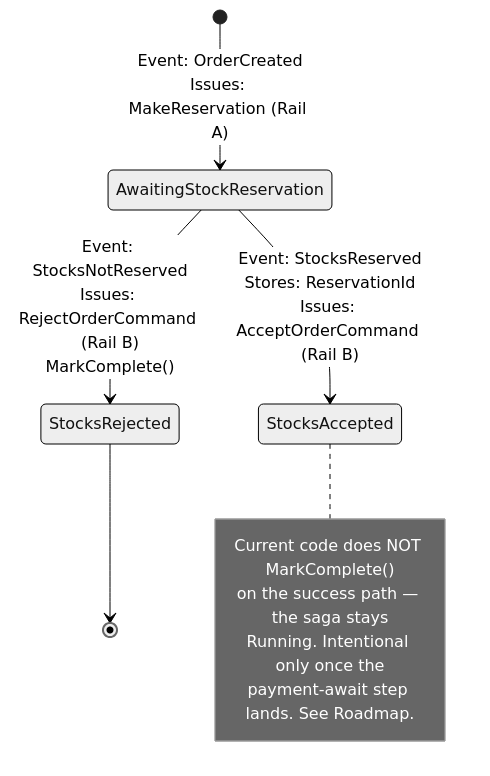
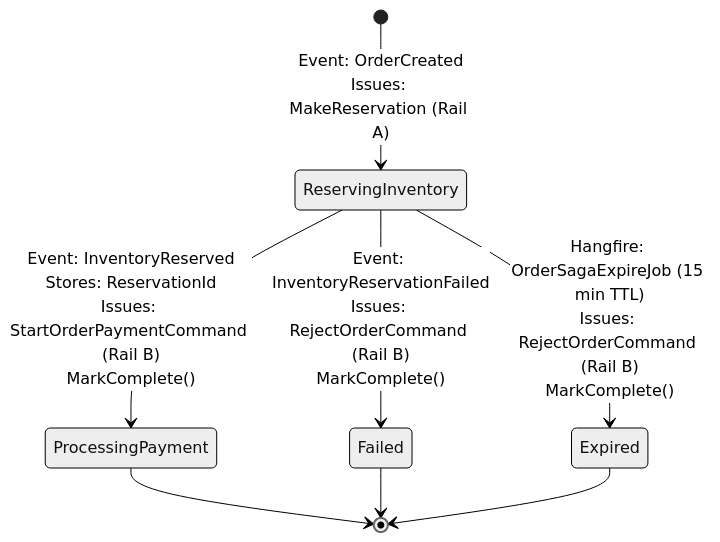
The seventh of 12 diagrams in Order/src/EShop.Order.API/README.md (mnnam1302/EShop), drawn with Mermaid (neutral theme) before and after one commit. The commit also changed other lines of this file and 10 other files, not shown here.

````diff
--- a/Order/src/EShop.Order.API/README.md
+++ b/Order/src/EShop.Order.API/README.md
@@ -209,16 +227,14 @@
 ```mermaid
 stateDiagram-v2
-    [*] --> AwaitingStockReservation : Event: OrderCreated<br/>Issues: MakeReservation (Rail A)
+    [*] --> ReservingInventory : Event: OrderCreated<br/>Issues: MakeReservation (Rail A)
 
-    AwaitingStockReservation --> StocksAccepted : Event: StocksReserved<br/>Stores: ReservationId<br/>Issues: AcceptOrderCommand (Rail B)
+    ReservingInventory --> ProcessingPayment : Event: InventoryReserved<br/>Stores: ReservationId<br/>Issues: StartOrderPaymentCommand (Rail B)<br/>MarkComplete()
 
-    AwaitingStockReservation --> StocksRejected : Event: StocksNotReserved<br/>Issues: RejectOrderCommand (Rail B)<br/>MarkComplete()
+    ReservingInventory --> Failed : Event: InventoryReservationFailed<br/>Issues: RejectOrderCommand (Rail B)<br/>MarkComplete()
 
-    StocksRejected --> [*]
-    note right of StocksAccepted
-        Current code does NOT MarkComplete()
-        on the success path — the saga stays
-        Running. Intentional only once the
-        payment-await step lands. See Roadmap.
-    end note
+    ReservingInventory --> Expired : Hangfire: OrderSagaExpireJob (15 min TTL)<br/>Issues: RejectOrderCommand (Rail B)<br/>MarkComplete()
+
+    ProcessingPayment --> [*]
+    Failed --> [*]
+    Expired --> [*]
 ```
````
